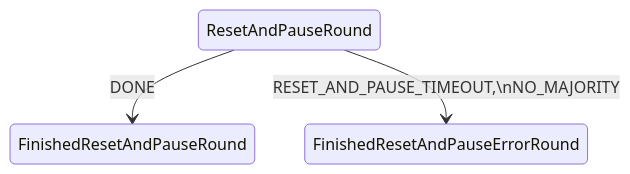
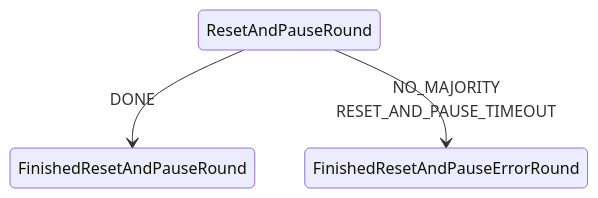
Before and after one commit to valory-xyz/open-autonomy: the sixth of 7 diagrams in docs/fsm_diagram.md, drawn with Mermaid. The commit also changed other lines of this file, not shown here.

Commit message:
doc: update diagrams

````diff
--- a/docs/fsm_diagram.md
+++ b/docs/fsm_diagram.md
@@ -358,5 +358,5 @@
 ```mermaid
 stateDiagram-v2
-    ResetAndPauseRound --> FinishedResetAndPauseRound: DONE
-    ResetAndPauseRound --> FinishedResetAndPauseErrorRound: RESET_AND_PAUSE_TIMEOUT,\nNO_MAJORITY
+    ResetAndPauseRound --> FinishedResetAndPauseRound: <center>DONE</center>
+    ResetAndPauseRound --> FinishedResetAndPauseErrorRound: <center>NO_MAJORITY<br />RESET_AND_PAUSE_TIMEOUT</center>
 ```
````
